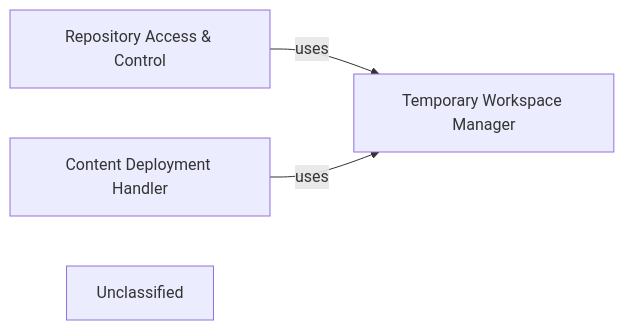
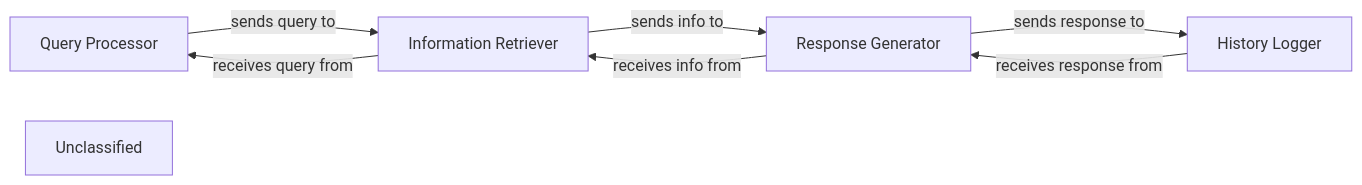
The diagram in .codeboarding/Repository_Manager.md (CodeBoarding/CodeBoarding), drawn with Mermaid before and after one commit. The commit also changed other lines of this file and 25 other files, not shown here.

First line of the commit message:
docs: update codeboarding documentation and generate architecture

````diff
--- a/.codeboarding/Repository_Manager.md
+++ b/.codeboarding/Repository_Manager.md
@@ -1,9 +1,14 @@
 ```mermaid
 graph LR
-    Repository_Access_Control["Repository Access & Control"]
-    Temporary_Workspace_Manager["Temporary Workspace Manager"]
-    Content_Deployment_Handler["Content Deployment Handler"]
+    Query_Processor["Query Processor"]
+    Information_Retriever["Information Retriever"]
+    Response_Generator["Response Generator"]
+    History_Logger["History Logger"]
     Unclassified["Unclassified"]
-    Repository_Access_Control -- "uses" --> Temporary_Workspace_Manager
-    Content_Deployment_Handler -- "uses" --> Temporary_Workspace_Manager
+    Query_Processor -- "sends query to" --> Information_Retriever
+    Information_Retriever -- "sends info to" --> Response_Generator
+    Response_Generator -- "sends response to" --> History_Logger
+    Information_Retriever -- "receives query from" --> Query_Processor
+    Response_Generator -- "receives info from" --> Information_Retriever
+    History_Logger -- "receives response from" --> Response_Generator
 ```
````
